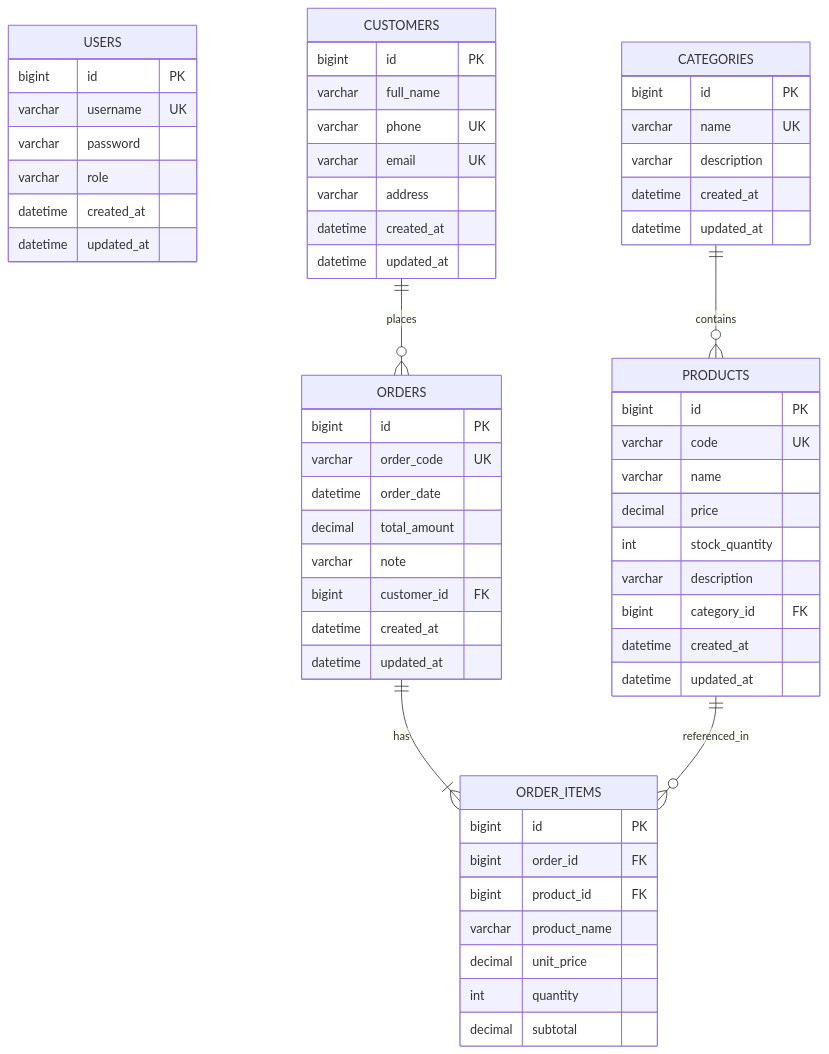
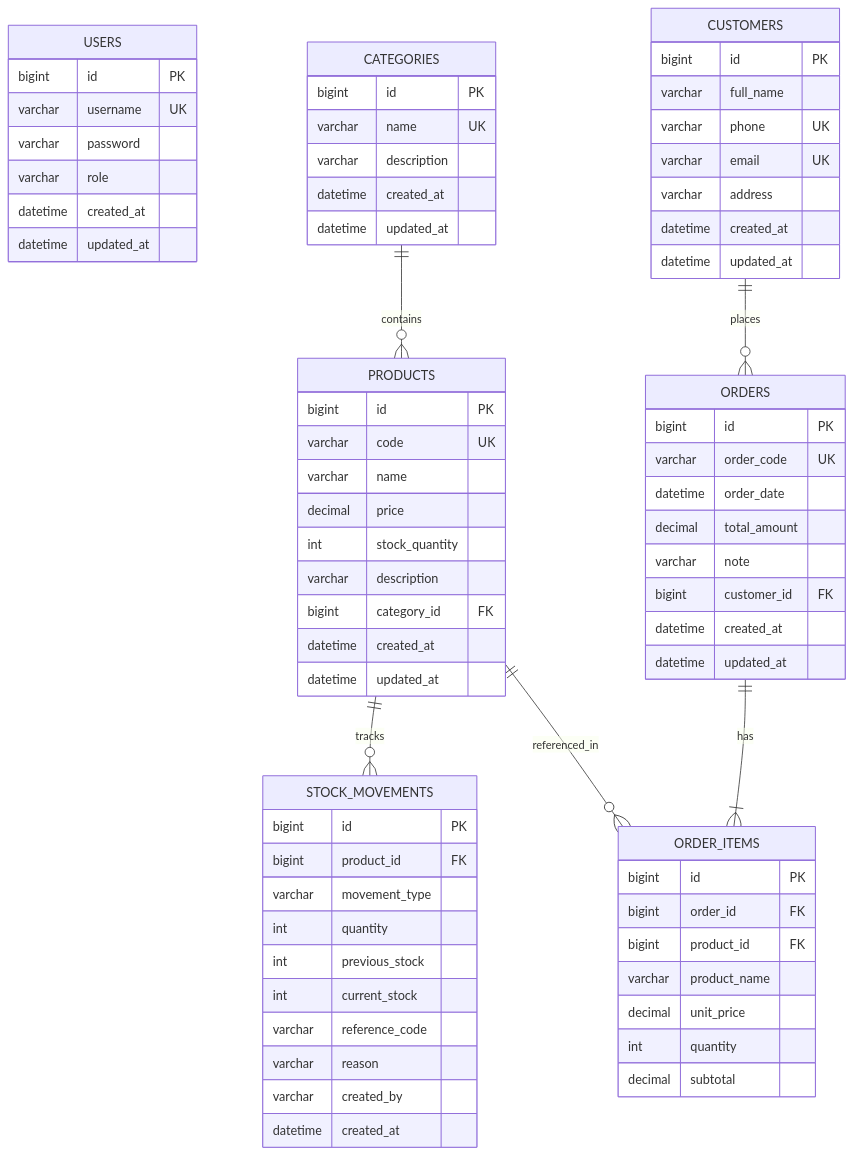
The diagram in README.md (minhvuongle2004/BizPOS), drawn with Mermaid before and after one commit. The commit also changed other lines of this file and 14 other files, not shown here.

Commit message:
feat: implement Stock Movement Ledger (The Kho) with full audit trail and integration tests

````diff
--- a/README.md
+++ b/README.md
@@ -133,67 +147,81 @@
 ```mermaid
 erDiagram
     USERS {
         bigint id PK
         varchar username UK
         varchar password
         varchar role
         datetime created_at
         datetime updated_at
     }
 
     CATEGORIES {
         bigint id PK
         varchar name UK
         varchar description
         datetime created_at
         datetime updated_at
     }
 
     PRODUCTS {
         bigint id PK
         varchar code UK
         varchar name
         decimal price
         int stock_quantity
         varchar description
         bigint category_id FK
         datetime created_at
         datetime updated_at
+    }
+
+    STOCK_MOVEMENTS {
+        bigint id PK
+        bigint product_id FK
+        varchar movement_type
+        int quantity
+        int previous_stock
+        int current_stock
+        varchar reference_code
+        varchar reason
+        varchar created_by
+        datetime created_at
     }
 
     CUSTOMERS {
         bigint id PK
         varchar full_name
         varchar phone UK
         varchar email UK
         varchar address
         datetime created_at
         datetime updated_at
     }
 
     ORDERS {
         bigint id PK
         varchar order_code UK
         datetime order_date
         decimal total_amount
         varchar note
         bigint customer_id FK
         datetime created_at
         datetime updated_at
     }
 
     ORDER_ITEMS {
         bigint id PK
         bigint order_id FK
         bigint product_id FK
         varchar product_name
         decimal unit_price
         int quantity
         decimal subtotal
     }
 
     CATEGORIES ||--o{ PRODUCTS : "contains"
+    PRODUCTS ||--o{ STOCK_MOVEMENTS : "tracks"
     CUSTOMERS ||--o{ ORDERS : "places"
     ORDERS ||--|{ ORDER_ITEMS : "has"
     PRODUCTS ||--o{ ORDER_ITEMS : "referenced_in"
 ```
````
